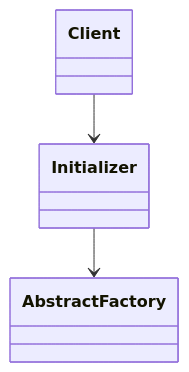
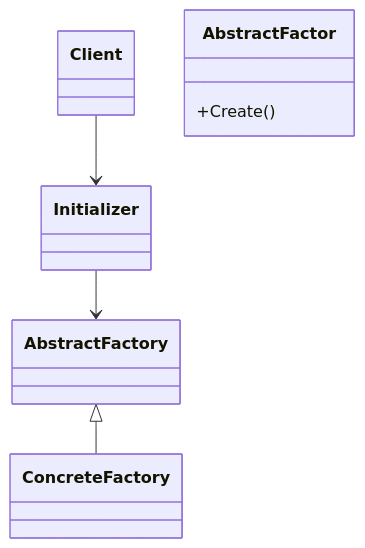
One commit to wbratz/generic-factory changed the diagram in README.md. Above: the diagram before and after it, drawn with Mermaid.

````diff
--- a/README.md
+++ b/README.md
@@ -4,5 +4,8 @@
 ```mermaid
 classDiagram
     Client --> Initializer
     Initializer --> AbstractFactory
+    AbstractFactory <|-- ConcreteFactory
+    
+    AbstractFactor : +Create()
 ```
````
